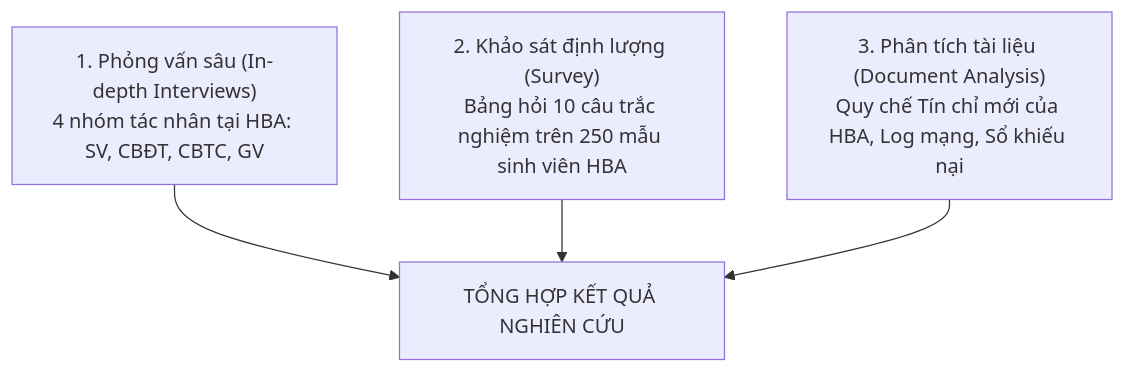
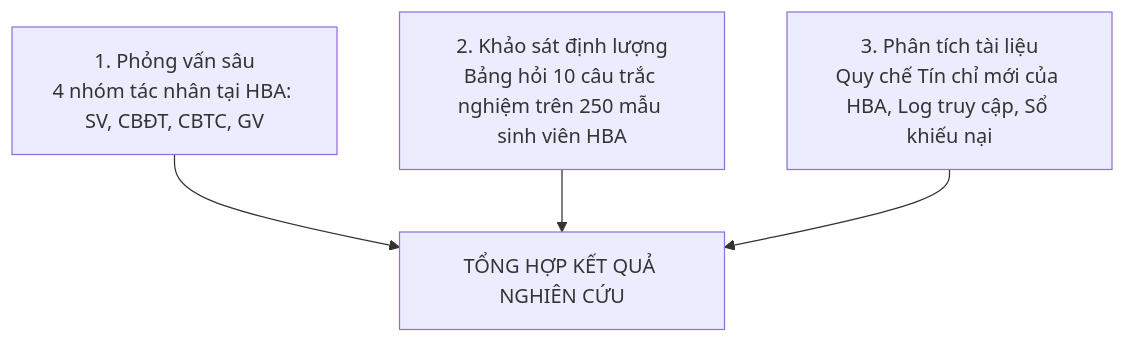
Before and after one commit to cacancap/IT3120_QuanLyDaoTao: the diagram in bai-tap-1/TV4-GiangVien.md, drawn with Mermaid. The commit also changed other lines of this file and 3 other files, not shown here.

````diff
--- a/bai-tap-1/TV4-GiangVien.md
+++ b/bai-tap-1/TV4-GiangVien.md
@@ -99,10 +106,10 @@
 ```mermaid
 flowchart TD
-    M1["1. Phỏng vấn sâu (In-depth Interviews)<br/>4 nhóm tác nhân tại HBA: SV, CBĐT, CBTC, GV"]
-    M2["2. Khảo sát định lượng (Survey)<br/>Bảng hỏi 10 câu trắc nghiệm trên 250 mẫu sinh viên HBA"]
-    M3["3. Phân tích tài liệu (Document Analysis)<br/>Quy chế Tín chỉ mới của HBA, Log mạng, Sổ khiếu nại"]
+    M1["1. Phỏng vấn sâu<br/>4 nhóm tác nhân tại HBA: SV, CBĐT, CBTC, GV"]
+    M2["2. Khảo sát định lượng<br/>Bảng hỏi 10 câu trắc nghiệm trên 250 mẫu sinh viên HBA"]
+    M3["3. Phân tích tài liệu<br/>Quy chế Tín chỉ mới của HBA, Log truy cập, Sổ khiếu nại"]
 
     M1 --> REPORT["TỔNG HỢP KẾT QUẢ NGHIÊN CỨU"]
     M2 --> REPORT
     M3 --> REPORT
 ```
````
